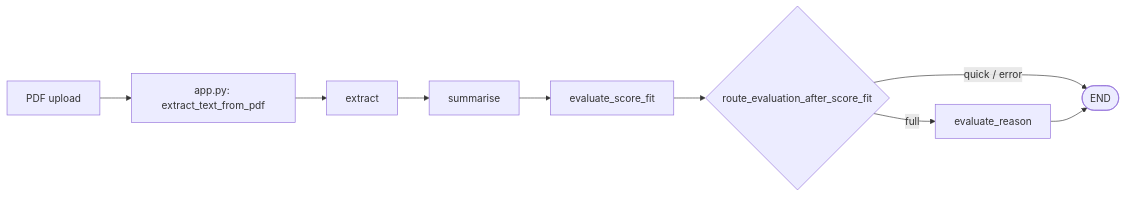
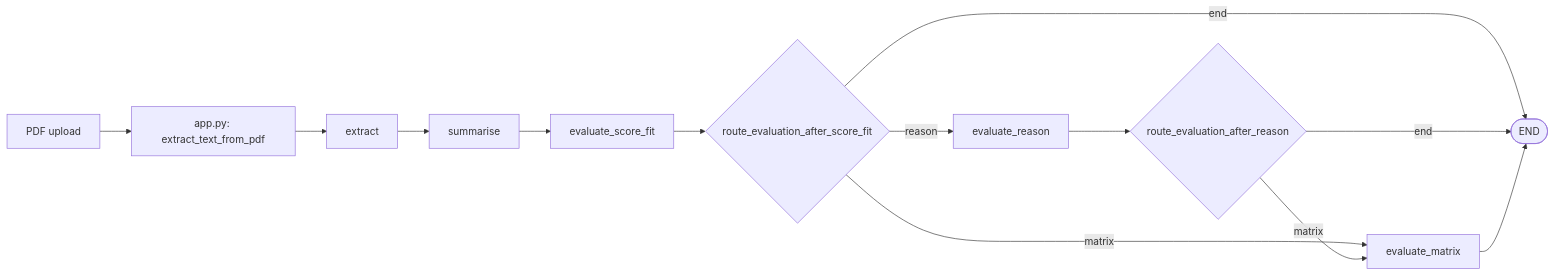
The third of 3 diagrams in docs/agent-architecture.md (aramidefemi/Research-assistant-agent), drawn with Mermaid before and after one commit. The commit also changed other lines of this file and 6 other files, not shown here.

````diff
--- a/docs/agent-architecture.md
+++ b/docs/agent-architecture.md
@@ -66,11 +83,15 @@
 ```mermaid
 flowchart LR
   PDF[PDF upload] --> APP[app.py: extract_text_from_pdf]
   APP --> E[extract]
   E --> S[summarise]
   S --> SF[evaluate_score_fit]
   SF --> R{route_evaluation_after_score_fit}
-  R -->|full| ER[evaluate_reason]
-  R -->|quick / error| END([END])
-  ER --> END
+  R -->|reason| ER[evaluate_reason]
+  R -->|matrix| M[evaluate_matrix]
+  R -->|end| END([END])
+  ER --> R2{route_evaluation_after_reason}
+  R2 -->|matrix| M
+  R2 -->|end| END
+  M --> END
 ```
````
